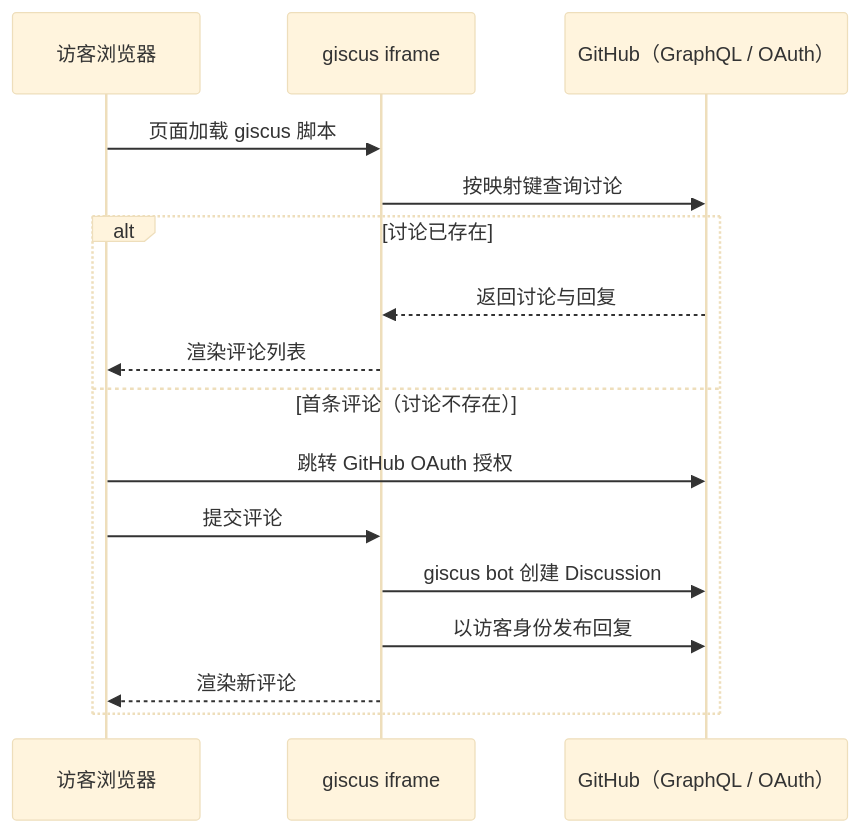
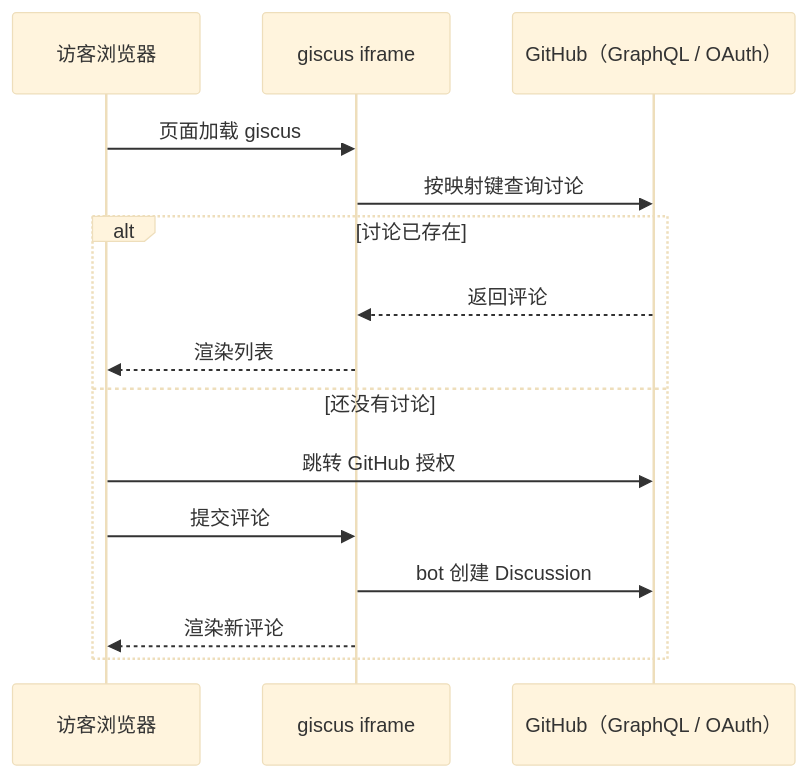
Before and after one commit to NKDShinKu/NKDShinKu: the diagram in content/posts/2026/static-blog-giscus-guide.md, drawn with Mermaid (base theme). The commit also changed other lines of this file and 3 other files, not shown here.

````diff
--- a/content/posts/2026/static-blog-giscus-guide.md
+++ b/content/posts/2026/static-blog-giscus-guide.md
@@ -47,19 +47,18 @@
 ```mermaid
 sequenceDiagram
     participant V as 访客浏览器
     participant W as giscus iframe
     participant GH as GitHub（GraphQL / OAuth）
 
-    V->>W: 页面加载 giscus 脚本
+    V->>W: 页面加载 giscus
     W->>GH: 按映射键查询讨论
     alt 讨论已存在
-        GH-->>W: 返回讨论与回复
-        W-->>V: 渲染评论列表
-    else 首条评论（讨论不存在）
-        V->>GH: 跳转 GitHub OAuth 授权
+        GH-->>W: 返回评论
+        W-->>V: 渲染列表
+    else 还没有讨论
+        V->>GH: 跳转 GitHub 授权
         V->>W: 提交评论
-        W->>GH: giscus bot 创建 Discussion
-        W->>GH: 以访客身份发布回复
+        W->>GH: bot 创建 Discussion
         W-->>V: 渲染新评论
     end
 ```
````
